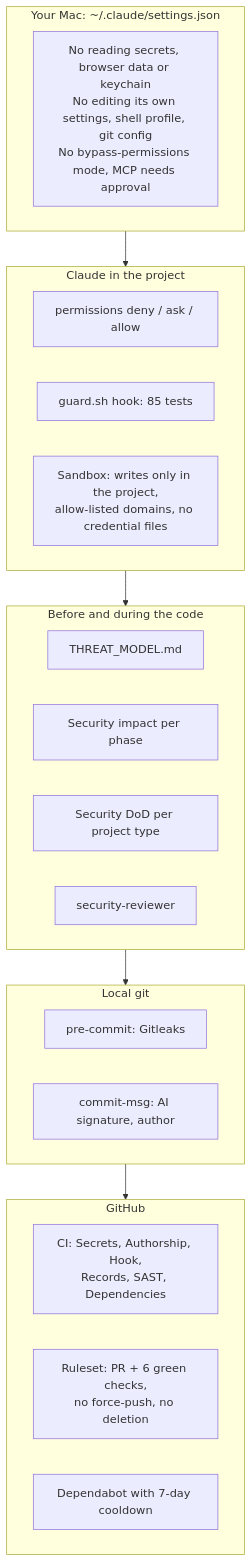
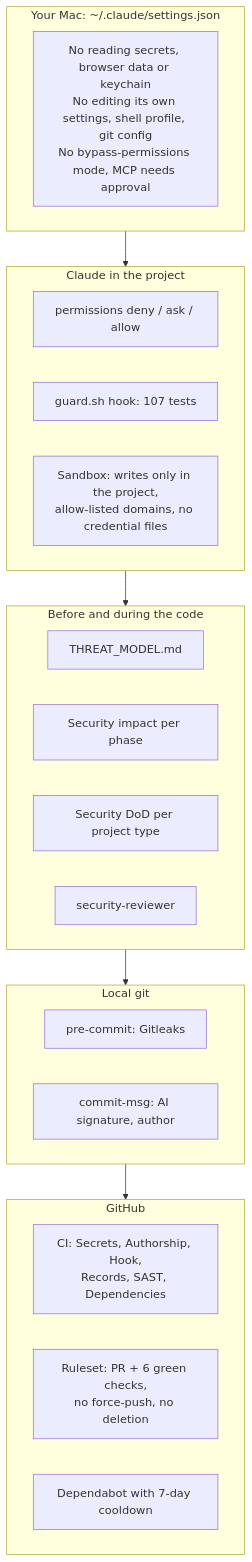
The ninth of 13 diagrams in docs/WORKFLOWS.md (serbenda/project-template), drawn with Mermaid before and after one commit. The commit also changed 12 other files, not shown here.

````diff
--- a/docs/WORKFLOWS.md
+++ b/docs/WORKFLOWS.md
@@ -173,27 +173,27 @@
 ```mermaid
 flowchart TB
     subgraph MAC["Your Mac: ~/.claude/settings.json"]
         M1["No reading secrets, browser data or keychain<br/>No editing its own settings, shell profile, git config<br/>No bypass-permissions mode, MCP needs approval"]
     end
     subgraph AGENT["Claude in the project"]
         A1["permissions deny / ask / allow"]
-        A2["guard.sh hook: 85 tests"]
+        A2["guard.sh hook: 107 tests"]
         A3["Sandbox: writes only in the project,<br/>allow-listed domains, no credential files"]
     end
     subgraph DESIGN["Before and during the code"]
         D1["THREAT_MODEL.md"]
         D2["Security impact per phase"]
         D3["Security DoD per project type"]
         D4["security-reviewer"]
     end
     subgraph GIT["Local git"]
         G1["pre-commit: Gitleaks"]
         G2["commit-msg: AI signature, author"]
     end
     subgraph GH["GitHub"]
         H1["CI: Secrets, Authorship, Hook,<br/>Records, SAST, Dependencies"]
         H2["Ruleset: PR + 6 green checks,<br/>no force-push, no deletion"]
         H3["Dependabot with 7-day cooldown"]
     end
     MAC --> AGENT --> DESIGN --> GIT --> GH
 ```
````
